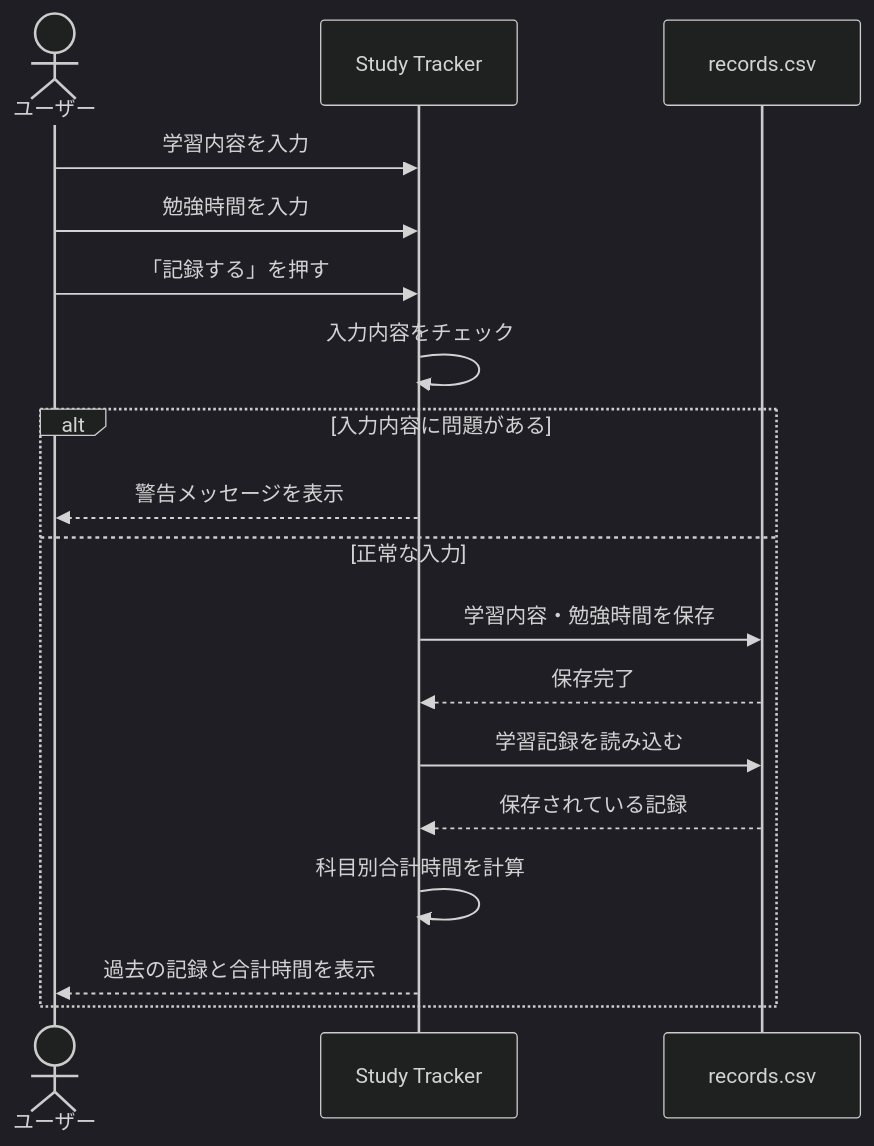
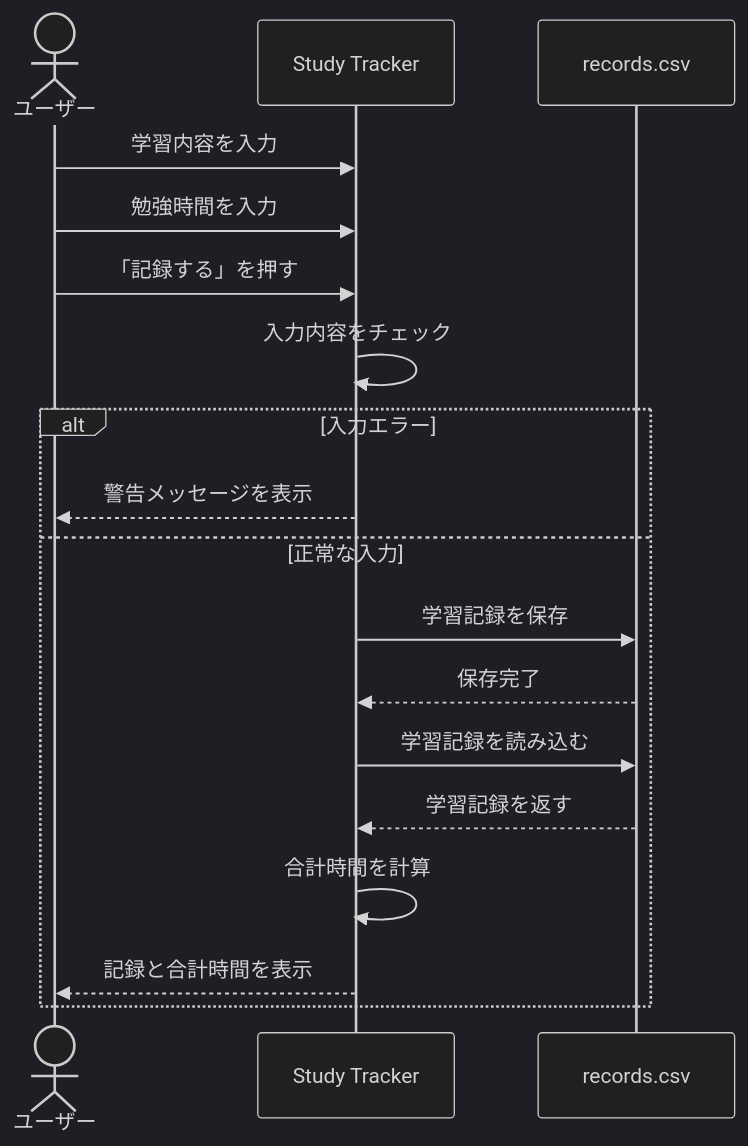
One commit to MITSUKI180407/study-tracker changed the second of 2 diagrams in SPECIFICATION.md. Above: the diagram before and after it, drawn with Mermaid (dark theme). The commit also changed other lines of this file and 1 other file, not shown here.

````diff
--- a/SPECIFICATION.md
+++ b/SPECIFICATION.md
@@ -358,27 +337,24 @@
 ```mermaid
 sequenceDiagram
 
 actor User as ユーザー
 participant GUI as Study Tracker
 participant CSV as records.csv
 
 User->>GUI: 学習内容を入力
 User->>GUI: 勉強時間を入力
 User->>GUI: 「記録する」を押す
 
 GUI->>GUI: 入力内容をチェック
 
-alt 入力内容に問題がある
+alt 入力エラー
     GUI-->>User: 警告メッセージを表示
-
 else 正常な入力
-    GUI->>CSV: 学習内容・勉強時間を保存
+    GUI->>CSV: 学習記録を保存
     CSV-->>GUI: 保存完了
-
     GUI->>CSV: 学習記録を読み込む
-    CSV-->>GUI: 保存されている記録
-
-    GUI->>GUI: 科目別合計時間を計算
-    GUI-->>User: 過去の記録と合計時間を表示
+    CSV-->>GUI: 学習記録を返す
+    GUI->>GUI: 合計時間を計算
+    GUI-->>User: 記録と合計時間を表示
 end
 ```
````
